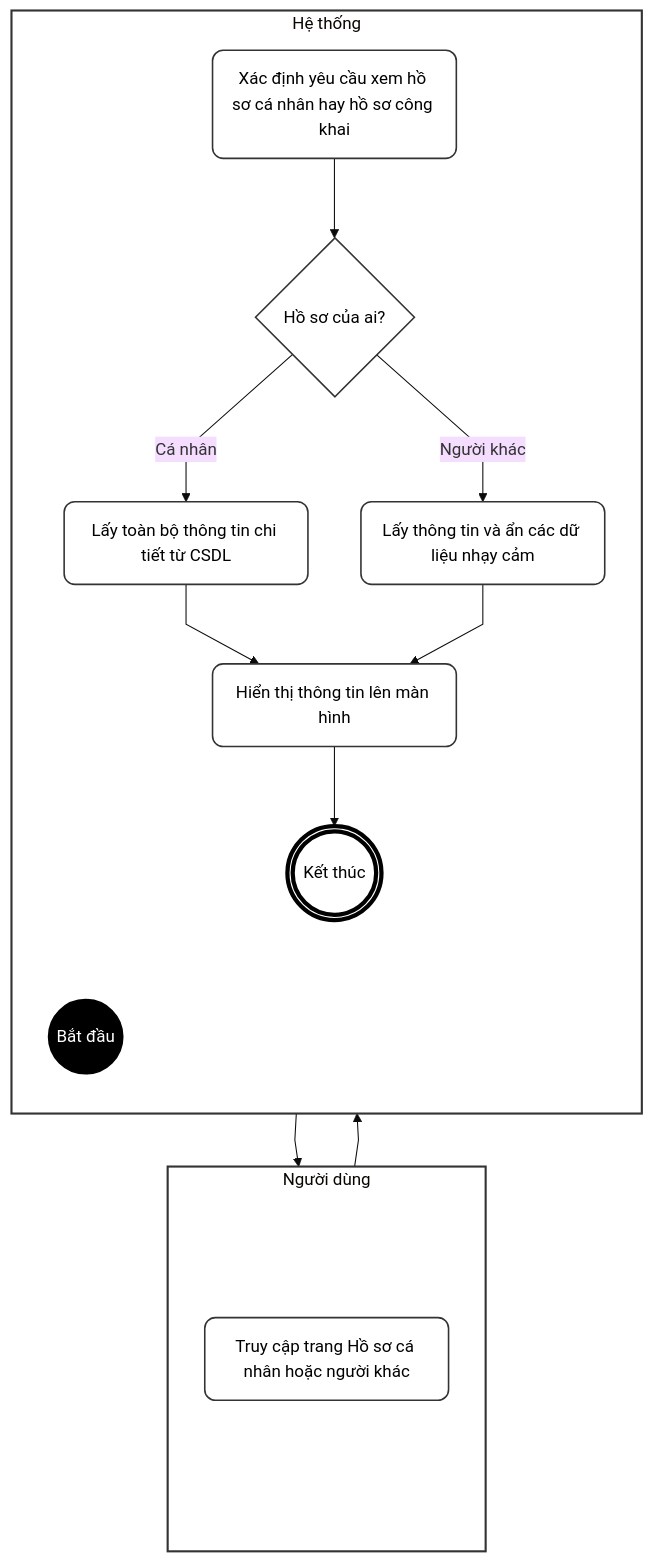
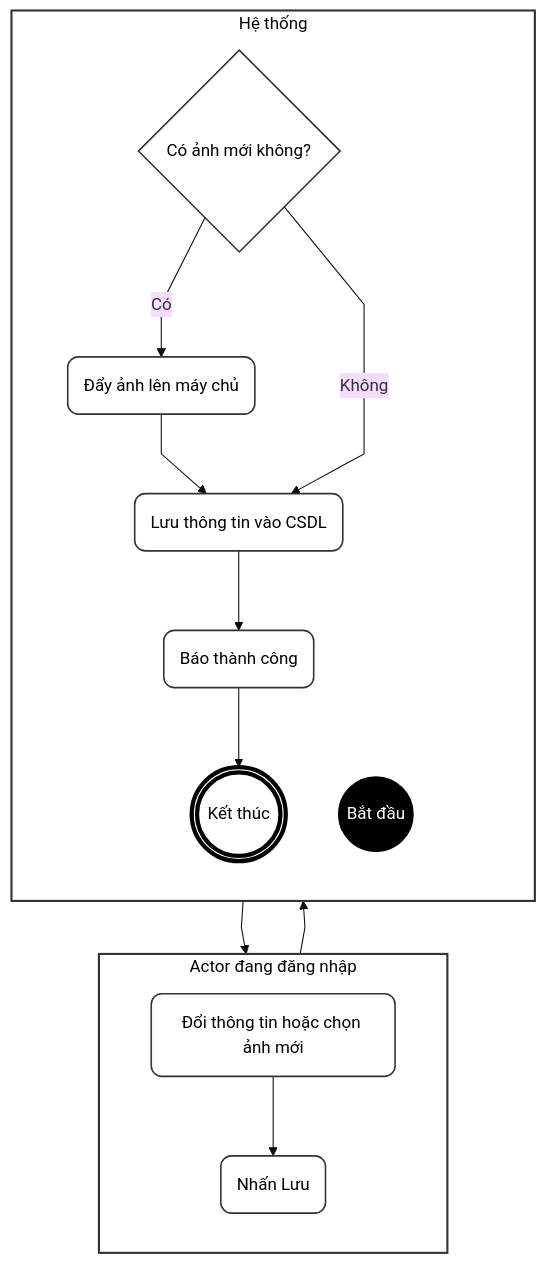
The sixth of 8 diagrams in doc/system_analysis/activity diagram/08a_activity_auth_profile.md (ChuDucAnh21/BE-quan-ly-su-kien), drawn with Mermaid (base theme) before and after one commit. The commit also changed other lines of this file and 14 other files, not shown here.

````diff
--- a/doc/system_analysis/activity diagram/08a_activity_auth_profile.md
+++ b/doc/system_analysis/activity diagram/08a_activity_auth_profile.md
@@ -378,49 +245,42 @@
 ```mermaid
 %%{init: {"flowchart": {"curve": "linear"}}}%%
 flowchart TD
     classDef default fill:#fff,stroke:#333,stroke-width:1.5px,color:#000,rx:10px,ry:10px;
     classDef startNode fill:#000,stroke:#000,color:#fff;
     classDef endNode fill:#fff,stroke:#000,stroke-width:4px,color:#000;
     classDef hidden fill:none,stroke:none,color:none;
 
-    subgraph TacNhan [Người dùng]
+    subgraph Actor [Actor đang đăng nhập]
         direction TB
         T_start(" "):::hidden
-        A(Truy cập trang Hồ sơ cá nhân hoặc người khác)
+        A(Đổi thông tin hoặc chọn ảnh mới)
+        B(Nhấn Lưu)
         T_end(" "):::hidden
     end
 
-    subgraph HeThong [Hệ thống]
+    subgraph System [Hệ thống]
         direction TB
         H_start(" "):::hidden
         Start((Bắt đầu)):::startNode
-        B(Xác định yêu cầu xem hồ sơ cá nhân hay hồ sơ công khai)
-        C{Hồ sơ của ai?}
-        D(Lấy toàn bộ thông tin chi tiết từ CSDL)
-        E(Lấy thông tin và ẩn các dữ liệu nhạy cảm)
-        F(Hiển thị thông tin lên màn hình)
+        C{Có ảnh mới không?}
+        D(Đẩy ảnh lên máy chủ)
+        E(Lưu thông tin vào CSDL)
+        F(Báo thành công)
         End(((Kết thúc))):::endNode
         H_end(" "):::hidden
     end
 
     T_start ~~~ H_start
     T_end ~~~ H_end
-
-    T_start ~~~ A
-    A ~~~ T_end
-
-    H_start ~~~ Start
-    End ~~~ H_end
-
     Start --> A
     A --> B
     B --> C
-    C -- Cá nhân --> D
-    C -- Người khác --> E
-    D --> F
+    C -- Có --> D
+    D --> E
+    C -- Không --> E
     E --> F
     F --> End
 
-    style TacNhan fill:#fff,stroke:#333,stroke-width:2px
-    style HeThong fill:#fff,stroke:#333,stroke-width:2px
+    style Actor fill:#fff,stroke:#333,stroke-width:2px
+    style System fill:#fff,stroke:#333,stroke-width:2px
 ```
````
